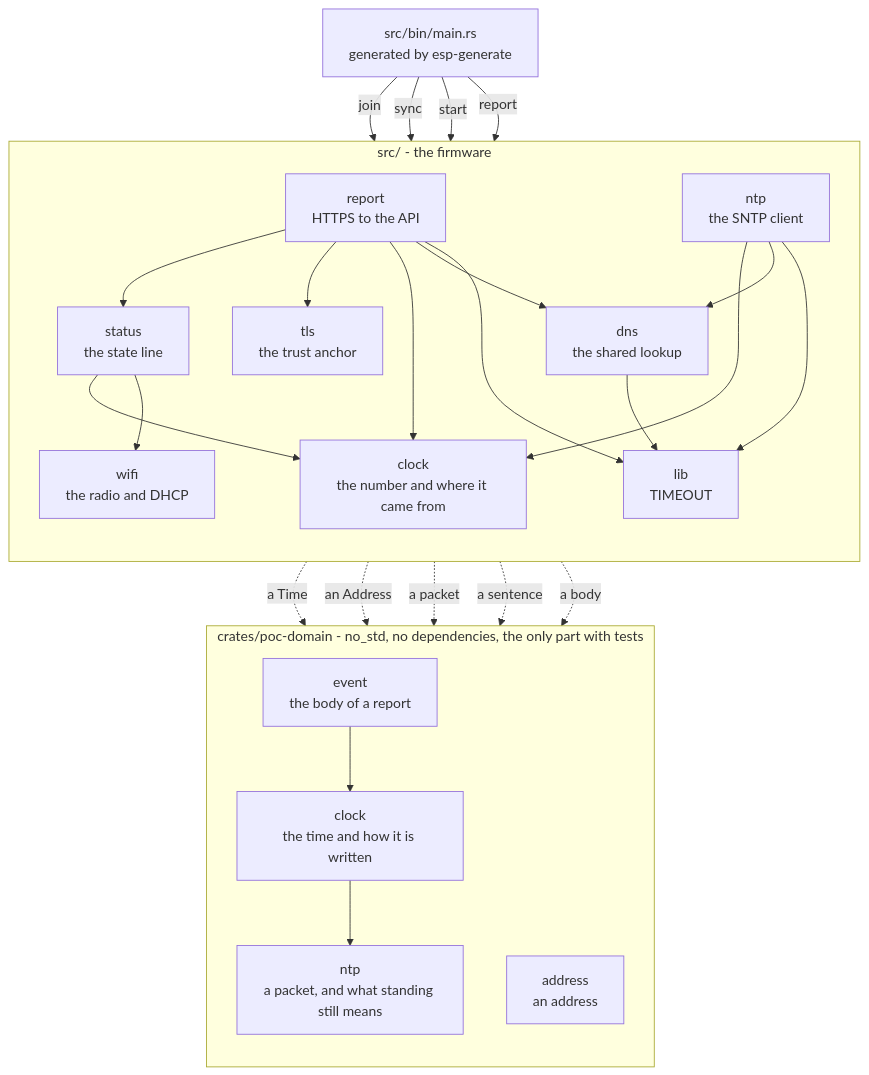
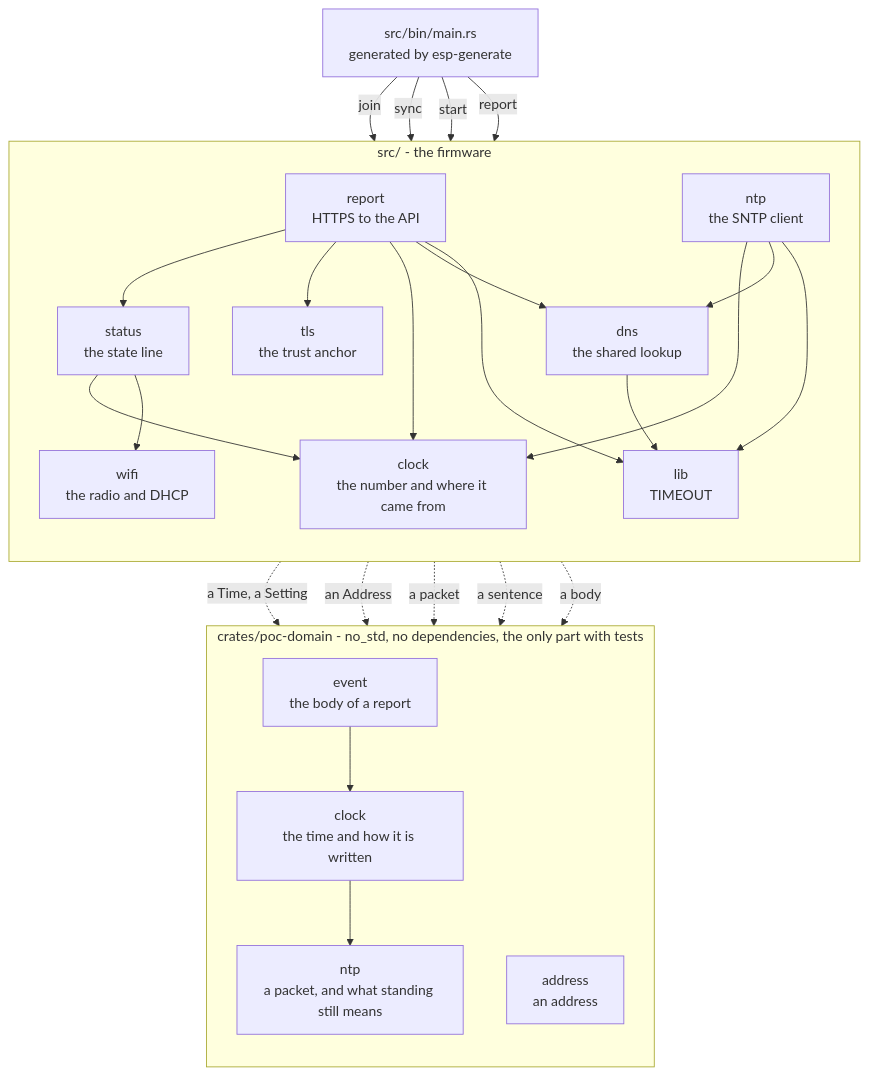
Before and after one commit to andresmoschini/esp-poc: the diagram in README.md, drawn with Mermaid. The commit also changed other lines of this file and 5 other files, not shown here.

````diff
--- a/README.md
+++ b/README.md
@@ -407,53 +407,53 @@
 ```mermaid
 graph TD
     main["src/bin/main.rs<br/>generated by esp-generate"]
 
     subgraph firmware["src/ - the firmware"]
         direction TB
         report["report<br/>HTTPS to the API"]
         status["status<br/>the state line"]
         ntp["ntp<br/>the SNTP client"]
         clock["clock<br/>the number and where it came from"]
         wifi["wifi<br/>the radio and DHCP"]
         tls["tls<br/>the trust anchor"]
         dns["dns<br/>the shared lookup"]
         lib["lib<br/>TIMEOUT"]
     end
 
     subgraph domain["crates/poc-domain - no_std, no dependencies, the only part with tests"]
         direction TB
         domClock["clock<br/>the time and how it is written"]
         domNtp["ntp<br/>a packet, and what standing still means"]
         domAddress["address<br/>an address"]
         domEvent["event<br/>the body of a report"]
     end
 
     main -->|"join"| wifi
     main -->|"sync"| ntp
     main -->|"start"| report
     main -->|"report"| status
 
     report --> status
     report --> tls
     report --> clock
     report --> dns
     report --> lib
 
     status --> clock
     status --> wifi
 
     ntp --> clock
     ntp --> dns
     ntp --> lib
 
     dns --> lib
 
-    clock -.->|a Time| domClock
+    clock -.->|a Time, a Setting| domClock
     wifi -.->|an Address| domAddress
     ntp -.->|a packet| domNtp
     status -.->|a sentence| domClock
     report -.->|a body| domEvent
 
     domClock --> domNtp
     domEvent --> domClock
 ```
````
